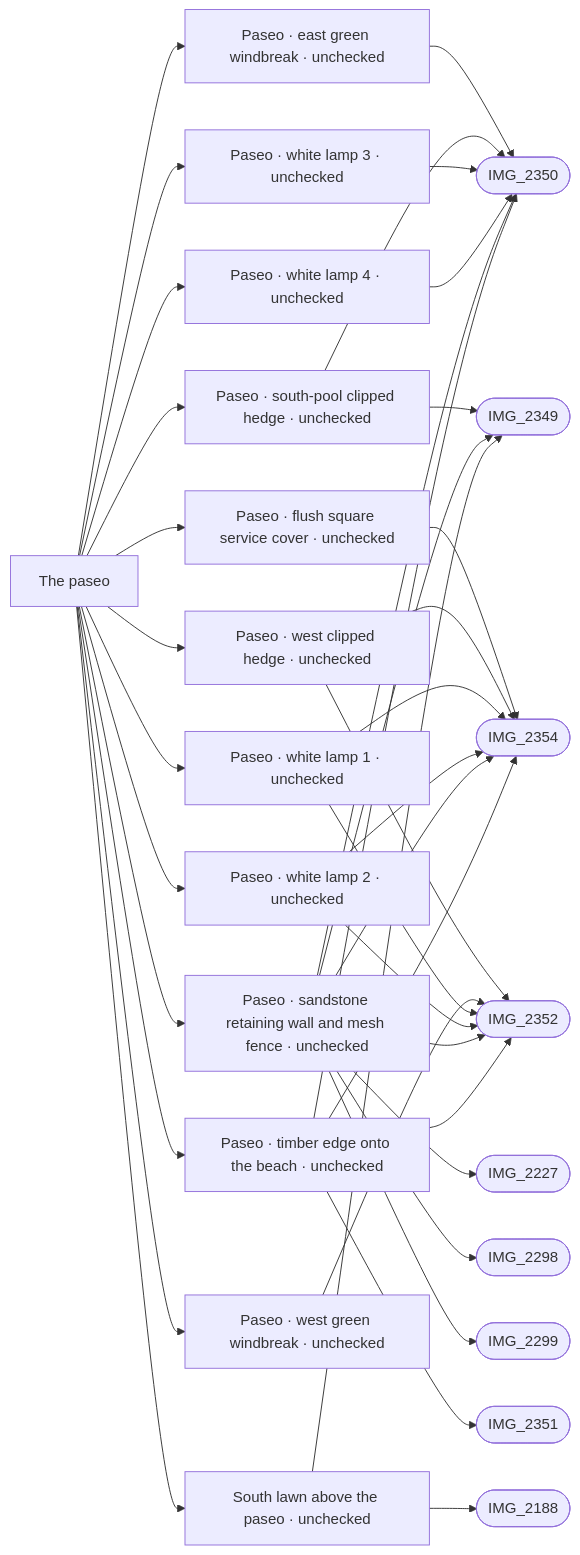
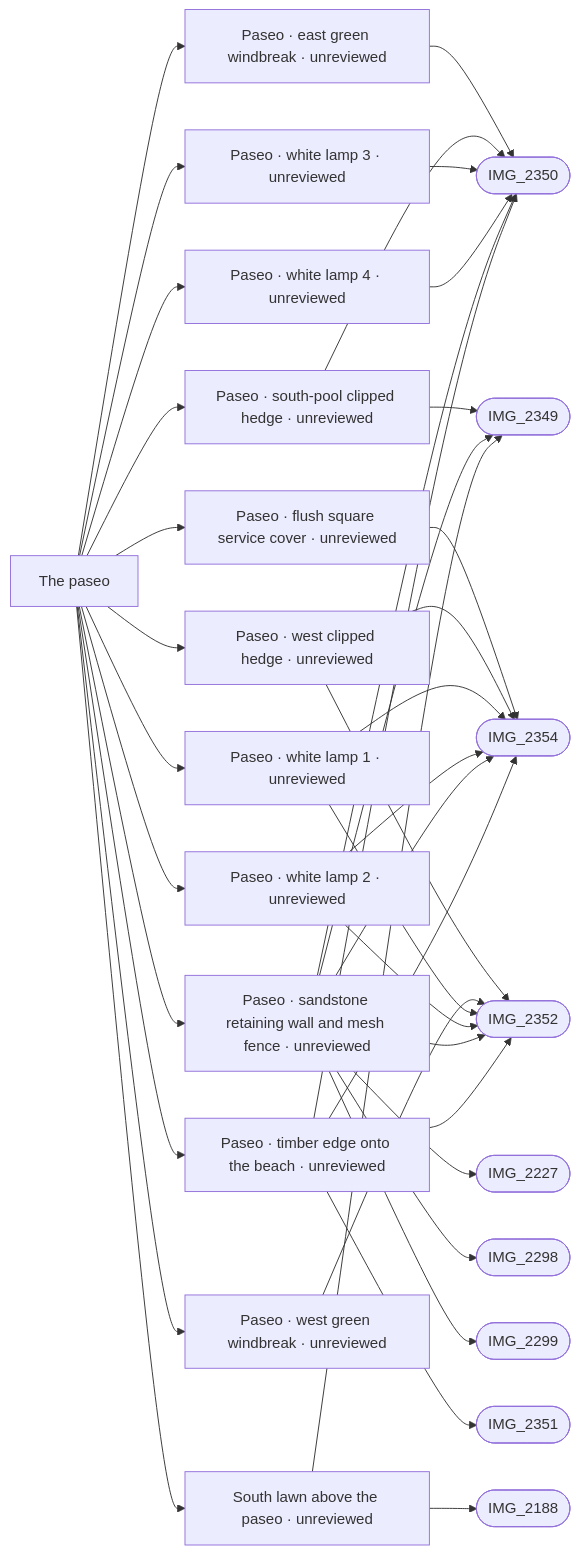
One commit to daveyboyc/villacana-venture changed the diagram in refs/areas/paseo.md. Above: the diagram before and after it, drawn with Mermaid. The commit also changed other lines of this file and 45 other files, not shown here.

Commit message:
Require measured independent evidence for graph placement approval

````diff
--- a/refs/areas/paseo.md
+++ b/refs/areas/paseo.md
@@ -41,42 +41,42 @@
 ```mermaid
 graph LR
   A["The paseo"]
-  A --> F0["Paseo · east green windbreak · unchecked"]
+  A --> F0["Paseo · east green windbreak · unreviewed"]
   F0 --> PIMG_2350_jpg(["IMG_2350"])
-  A --> F1["Paseo · south-pool clipped hedge · unchecked"]
+  A --> F1["Paseo · south-pool clipped hedge · unreviewed"]
   F1 --> PIMG_2349_jpg(["IMG_2349"])
   F1 --> PIMG_2350_jpg(["IMG_2350"])
-  A --> F2["Paseo · flush square service cover · unchecked"]
+  A --> F2["Paseo · flush square service cover · unreviewed"]
   F2 --> PIMG_2354_jpg(["IMG_2354"])
-  A --> F3["Paseo · west clipped hedge · unchecked"]
+  A --> F3["Paseo · west clipped hedge · unreviewed"]
   F3 --> PIMG_2352_jpg(["IMG_2352"])
   F3 --> PIMG_2354_jpg(["IMG_2354"])
-  A --> F4["Paseo · west green windbreak · unchecked"]
+  A --> F4["Paseo · west green windbreak · unreviewed"]
   F4 --> PIMG_2352_jpg(["IMG_2352"])
-  A --> F5["Paseo · white lamp 1 · unchecked"]
+  A --> F5["Paseo · white lamp 1 · unreviewed"]
   F5 --> PIMG_2352_jpg(["IMG_2352"])
   F5 --> PIMG_2354_jpg(["IMG_2354"])
-  A --> F6["Paseo · white lamp 2 · unchecked"]
+  A --> F6["Paseo · white lamp 2 · unreviewed"]
   F6 --> PIMG_2352_jpg(["IMG_2352"])
   F6 --> PIMG_2354_jpg(["IMG_2354"])
-  A --> F7["Paseo · white lamp 3 · unchecked"]
+  A --> F7["Paseo · white lamp 3 · unreviewed"]
   F7 --> PIMG_2350_jpg(["IMG_2350"])
-  A --> F8["Paseo · white lamp 4 · unchecked"]
+  A --> F8["Paseo · white lamp 4 · unreviewed"]
   F8 --> PIMG_2350_jpg(["IMG_2350"])
-  A --> F9["Paseo · sandstone retaining wall and mesh fence · unchecked"]
+  A --> F9["Paseo · sandstone retaining wall and mesh fence · unreviewed"]
   F9 --> PIMG_2227_jpg(["IMG_2227"])
   F9 --> PIMG_2298_jpg(["IMG_2298"])
   F9 --> PIMG_2299_jpg(["IMG_2299"])
   F9 --> PIMG_2349_jpg(["IMG_2349"])
   F9 --> PIMG_2350_jpg(["IMG_2350"])
   F9 --> PIMG_2352_jpg(["IMG_2352"])
   F9 --> PIMG_2354_jpg(["IMG_2354"])
-  A --> F10["Paseo · timber edge onto the beach · unchecked"]
+  A --> F10["Paseo · timber edge onto the beach · unreviewed"]
   F10 --> PIMG_2350_jpg(["IMG_2350"])
   F10 --> PIMG_2351_jpg(["IMG_2351"])
   F10 --> PIMG_2352_jpg(["IMG_2352"])
   F10 --> PIMG_2354_jpg(["IMG_2354"])
-  A --> F11["South lawn above the paseo · unchecked"]
+  A --> F11["South lawn above the paseo · unreviewed"]
   F11 --> PIMG_2188_jpg(["IMG_2188"])
   F11 --> PIMG_2349_jpg(["IMG_2349"])
 ```
````
